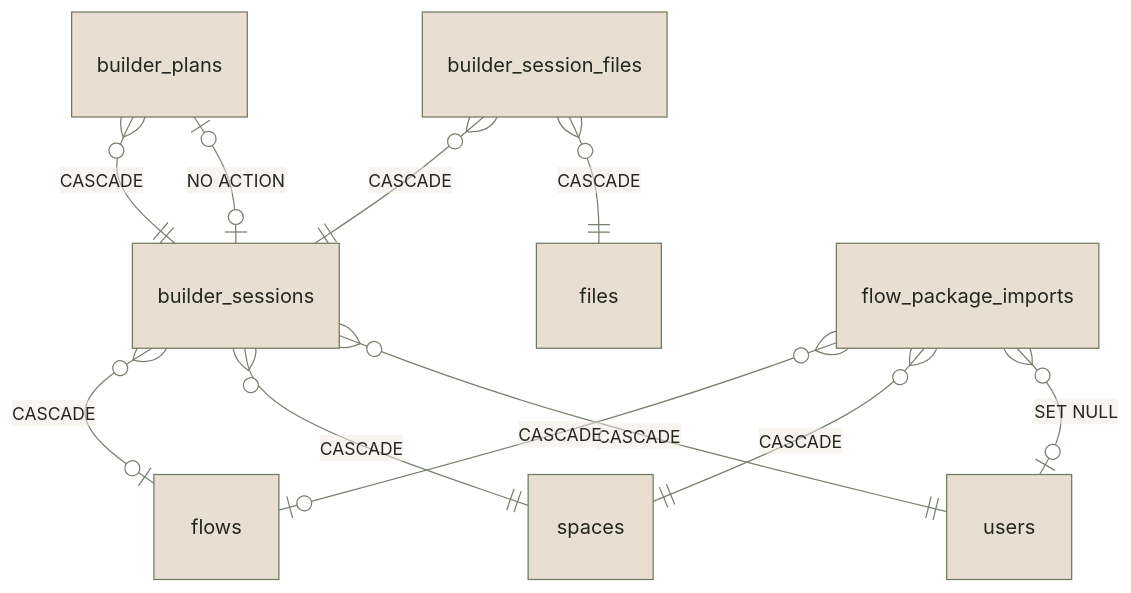
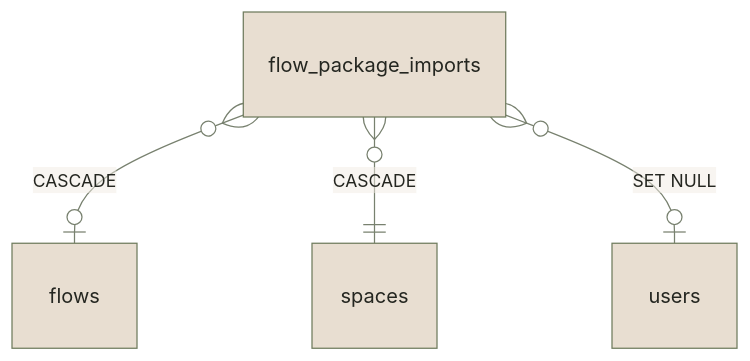
Before and after one commit to eneo-ai/eneo: the seventh of 7 diagrams in frontend/apps/docs-site/src/content/docs/flows-for-developers/data-schema.mdx, drawn with Mermaid. The commit also changed other lines of this file and 489 other files, not shown here.

Commit message:
refactor(flows): separate AI Builder from core

````diff
--- a/frontend/apps/docs-site/src/content/docs/flows-for-developers/data-schema.mdx
+++ b/frontend/apps/docs-site/src/content/docs/flows-for-developers/data-schema.mdx
@@ -718,14 +718,7 @@
 ```mermaid
 %%{init: {"theme": "base", "themeVariables": {"background": "#f8f6f0", "primaryColor": "#e8ded1", "primaryTextColor": "#242620", "primaryBorderColor": "#6f7b5d", "secondaryColor": "#d7e0d2", "tertiaryColor": "#f1ece4", "lineColor": "#78816f", "edgeLabelBackground": "#f8f6f0", "clusterBkg": "#f4efe7", "clusterBorder": "#9a8a73", "fontFamily": "Inter, ui-sans-serif, system-ui, sans-serif"}}}%%
 erDiagram
-  builder_plans }o--|| builder_sessions : "CASCADE"
-  builder_session_files }o--|| builder_sessions : "CASCADE"
-  builder_session_files }o--|| files : "CASCADE"
-  builder_sessions |o--o| builder_plans : "NO ACTION"
-  builder_sessions }o--o| flows : "CASCADE"
-  builder_sessions }o--|| spaces : "CASCADE"
-  builder_sessions }o--|| users : "CASCADE"
   flow_package_imports }o--o| flows : "CASCADE"
   flow_package_imports }o--|| spaces : "CASCADE"
   flow_package_imports }o--o| users : "SET NULL"
 ```
````
